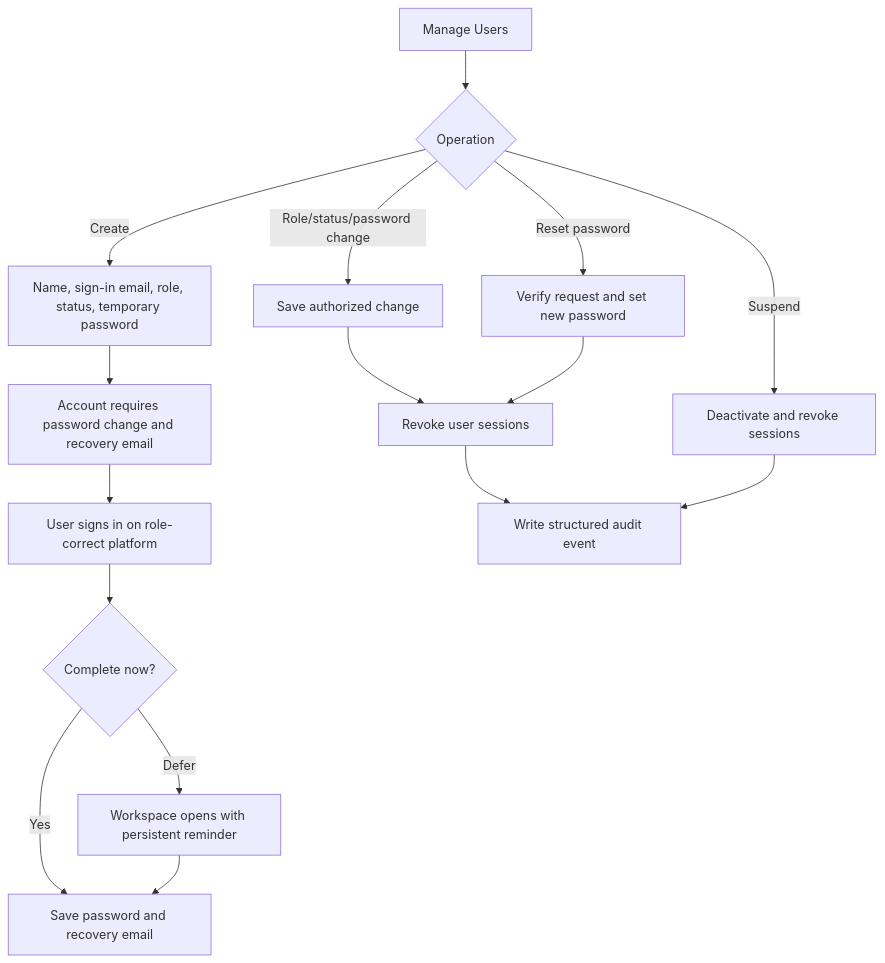
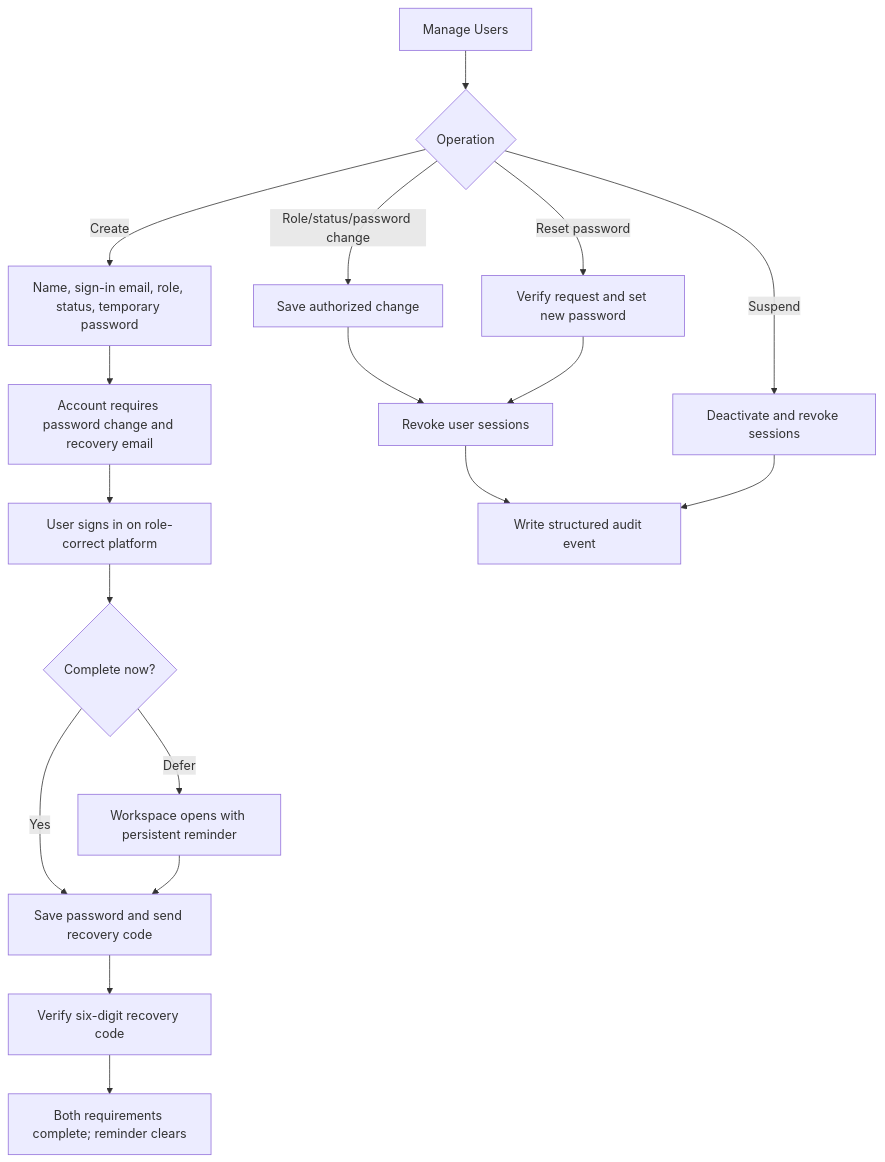
The second of 6 diagrams in docs/modules/Flowcharts/Admin Operations.md (ja2gc/Nutriscope), drawn with Mermaid before and after one commit. The commit also changed 36 other files, not shown here.

Commit message:
Implement verified recovery password workflow

````diff
--- a/docs/modules/Flowcharts/Admin Operations.md
+++ b/docs/modules/Flowcharts/Admin Operations.md
@@ -24,20 +24,22 @@
 ```mermaid
 flowchart TD
     A["Manage Users"] --> B{"Operation"}
     B -->|"Create"| C["Name, sign-in email, role, status, temporary password"]
     C --> D["Account requires password change and recovery email"]
     D --> E["User signs in on role-correct platform"]
     E --> F{"Complete now?"}
-    F -->|"Yes"| G["Save password and recovery email"]
+    F -->|"Yes"| G["Save password and send recovery code"]
+    G --> V["Verify six-digit recovery code"]
     F -->|"Defer"| H["Workspace opens with persistent reminder"]
     H --> G
+    V --> W["Both requirements complete; reminder clears"]
 
     B -->|"Role/status/password change"| I["Save authorized change"]
     I --> J["Revoke user sessions"]
     J --> K["Write structured audit event"]
 
     B -->|"Reset password"| L["Verify request and set new password"]
     L --> J
     B -->|"Suspend"| M["Deactivate and revoke sessions"]
     M --> K
 ```
````
